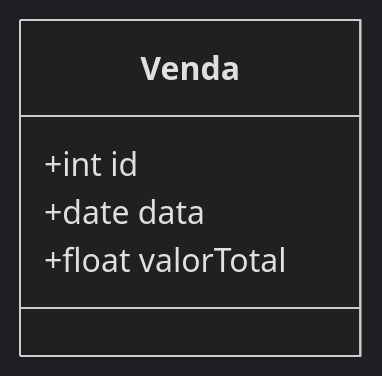
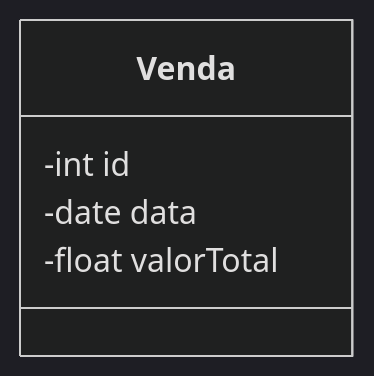
The diagram in venda.md (gabrielriosdias/poojavaceub-grupo2), drawn with Mermaid (dark theme) before and after one commit.

````diff
--- a/venda.md
+++ b/venda.md
@@ -1,8 +1,8 @@
 ```mermaid
 classDiagram
  class Venda {
-        +int id
-        +date data
-        +float valorTotal
+        -int id
+        -date data
+        -float valorTotal
     }
 ```
````
